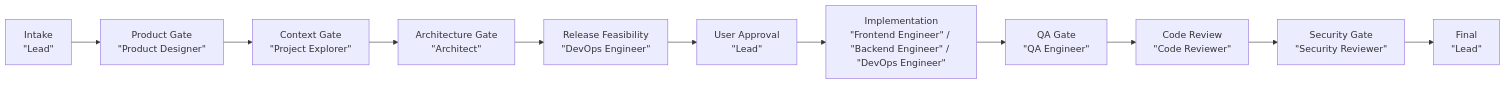
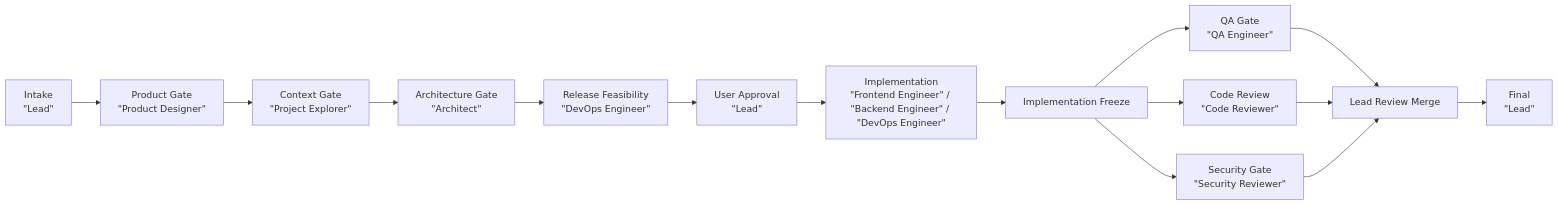
One commit to ty-testty/Agents-team changed the second of 4 diagrams in ARCHITECTURE.md. Above: the diagram before and after it, drawn with Mermaid. The commit also changed other lines of this file and 13 other files, not shown here.

````diff
--- a/ARCHITECTURE.md
+++ b/ARCHITECTURE.md
@@ -86,13 +83,17 @@
 ```mermaid
 flowchart LR
     A["Intake<br/>&quot;Lead&quot;"] --> B["Product Gate<br/>&quot;Product Designer&quot;"]
     B --> C["Context Gate<br/>&quot;Project Explorer&quot;"]
     C --> D["Architecture Gate<br/>&quot;Architect&quot;"]
     D --> E["Release Feasibility<br/>&quot;DevOps Engineer&quot;"]
     E --> F["User Approval<br/>&quot;Lead&quot;"]
     F --> G["Implementation<br/>&quot;Frontend Engineer&quot; / &quot;Backend Engineer&quot; / &quot;DevOps Engineer&quot;"]
-    G --> H["QA Gate<br/>&quot;QA Engineer&quot;"]
-    H --> I["Code Review<br/>&quot;Code Reviewer&quot;"]
-    I --> J["Security Gate<br/>&quot;Security Reviewer&quot;"]
-    J --> K["Final<br/>&quot;Lead&quot;"]
+    G --> Z["Implementation Freeze"]
+    Z --> H["QA Gate<br/>&quot;QA Engineer&quot;"]
+    Z --> I["Code Review<br/>&quot;Code Reviewer&quot;"]
+    Z --> J["Security Gate<br/>&quot;Security Reviewer&quot;"]
+    H --> M["Lead Review Merge"]
+    I --> M
+    J --> M
+    M --> K["Final<br/>&quot;Lead&quot;"]
 ```
````
